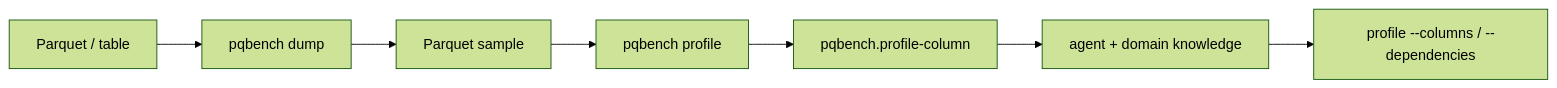
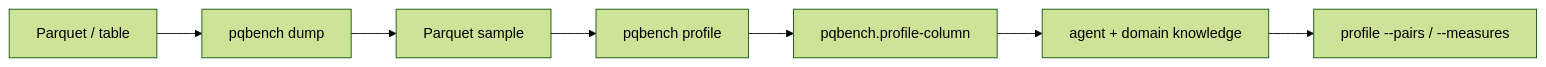
The diagram in docs/profile.md (pqbench/pqbench), drawn with Mermaid (forest theme) before and after one commit. The commit also changed other lines of this file and 8 other files, not shown here.

First line of the commit message:
feat(profile): requestable locality measures and promising pairs

````diff
--- a/docs/profile.md
+++ b/docs/profile.md
@@ -16,9 +18,9 @@
 ```mermaid
 flowchart LR
     files[Parquet / table] --> dump[pqbench dump]
     dump --> sample[Parquet sample]
     sample --> profile[pqbench profile]
     profile --> facts[pqbench.profile-column]
     facts --> agent[agent + domain knowledge]
-    agent --> next["profile --columns / --dependencies"]
+    agent --> next["profile --pairs / --measures"]
 ```
````
